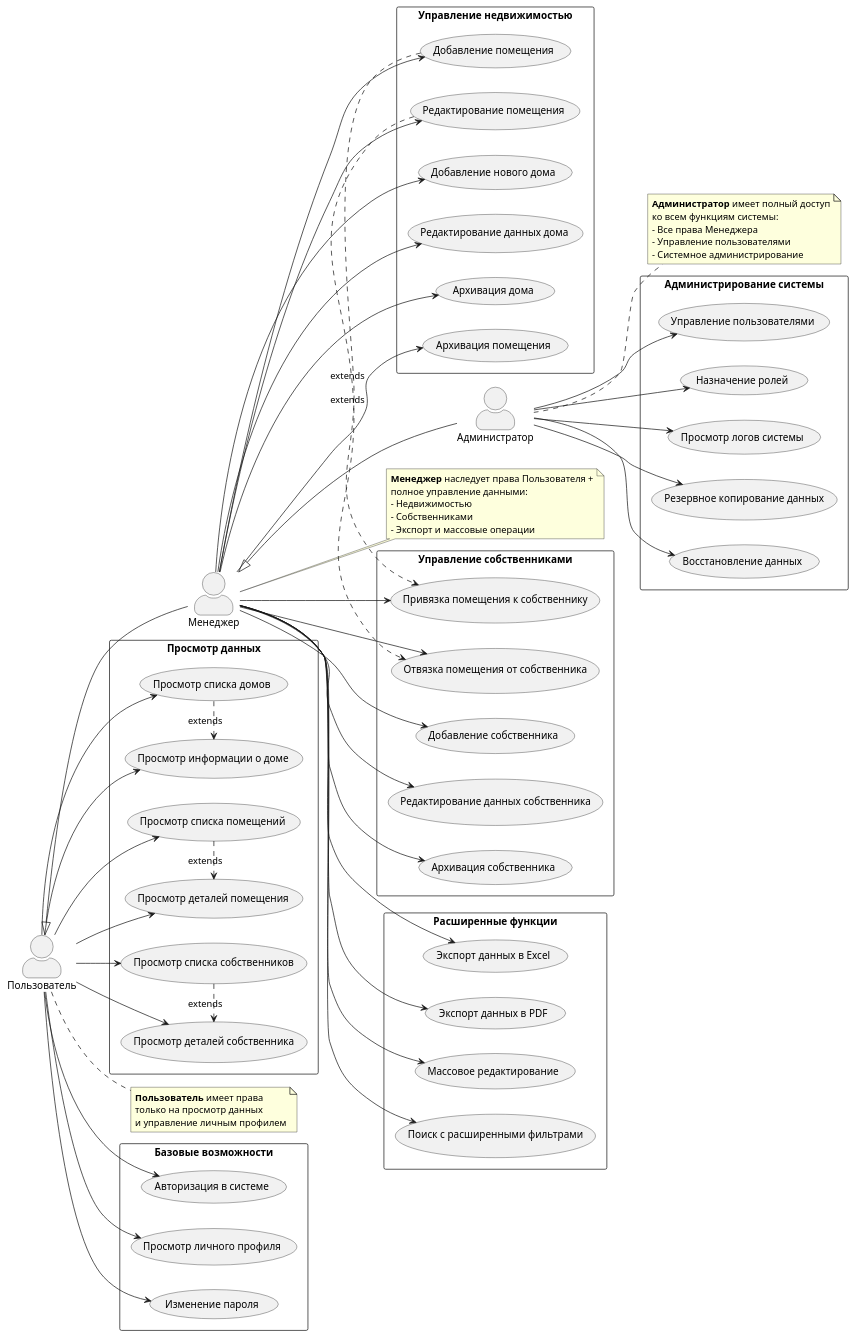
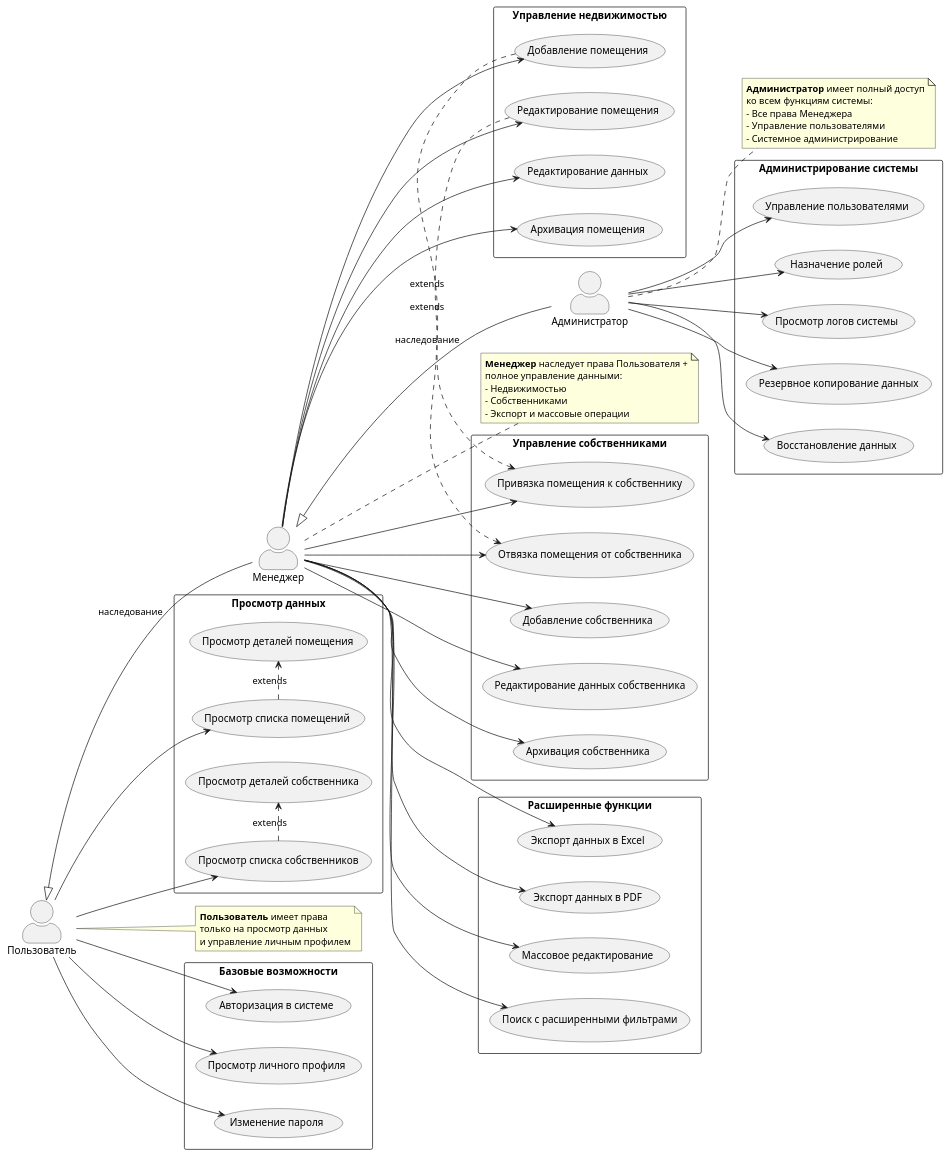
The diagram in Site/source/puml_files/diagram2.puml (YattaDesure/CourseProject), drawn with PlantUML before and after one commit. The commit also changed 20 other files, not shown here.

```diff
--- a/Site/source/puml_files/diagram2.puml
+++ b/Site/source/puml_files/diagram2.puml
@@ -1,128 +1,121 @@
 @startuml diagram22
 left to right direction
 
 skinparam packageStyle rectangle
 skinparam actorStyle awesome
 
 actor "Пользователь" as User
 actor "Менеджер" as Manager
 actor "Администратор" as Admin
 
 package "Базовые возможности" {
   usecase "Авторизация в системе" as UC_Auth
   usecase "Просмотр личного профиля" as UC_ViewProfile
   usecase "Изменение пароля" as UC_ChangePassword
 }
 
 package "Просмотр данных" {
-  usecase "Просмотр списка домов" as UC_ViewHouses
-  usecase "Просмотр информации о доме" as UC_ViewHouseInfo
   usecase "Просмотр списка помещений" as UC_ViewProperties
   usecase "Просмотр деталей помещения" as UC_ViewPropertyDetails
   usecase "Просмотр списка собственников" as UC_ViewOwners
   usecase "Просмотр деталей собственника" as UC_ViewOwnerDetails
 }
 
 package "Управление недвижимостью" {
-  usecase "Добавление нового дома" as UC_AddHouse
-  usecase "Редактирование данных дома" as UC_EditHouse
-  usecase "Архивация дома" as UC_ArchiveHouse
+  usecase "Редактирование данных" as UC_EditHouse
   usecase "Добавление помещения" as UC_AddProperty
   usecase "Редактирование помещения" as UC_EditProperty
   usecase "Архивация помещения" as UC_ArchiveProperty
 }
 
 package "Управление собственниками" {
   usecase "Добавление собственника" as UC_AddOwner
   usecase "Редактирование данных собственника" as UC_EditOwner
   usecase "Архивация собственника" as UC_ArchiveOwner
   usecase "Привязка помещения к собственнику" as UC_LinkProperty
   usecase "Отвязка помещения от собственника" as UC_UnlinkProperty
 }
 
 package "Расширенные функции" {
   usecase "Экспорт данных в Excel" as UC_ExportExcel
   usecase "Экспорт данных в PDF" as UC_ExportPDF
   usecase "Массовое редактирование" as UC_BulkEdit
   usecase "Поиск с расширенными фильтрами" as UC_AdvancedSearch
 }
 
 package "Администрирование системы" {
   usecase "Управление пользователями" as UC_ManageUsers
   usecase "Назначение ролей" as UC_AssignRoles
   usecase "Просмотр логов системы" as UC_ViewLogs
   usecase "Резервное копирование данных" as UC_Backup
   usecase "Восстановление данных" as UC_Restore
 }
 
 ' Связи наследования
-Admin -up-|> Manager
-Manager -up-|> User
+Admin -up-|> Manager : наследование 
+Manager -up-|> User : наследование
 
 ' Базовые возможности для всех
 User --> UC_Auth
 User --> UC_ViewProfile
 User --> UC_ChangePassword
 
 ' Возможности Пользователя
-User --> UC_ViewHouses
-User --> UC_ViewHouseInfo
 User --> UC_ViewProperties
-User --> UC_ViewPropertyDetails
+'User --> UC_ViewPropertyDetails
 User --> UC_ViewOwners
-User --> UC_ViewOwnerDetails
+'User --> UC_ViewOwnerDetails
 
 ' Возможности Менеджера
-Manager --> UC_AddHouse
+'Manager --> UC_AddHouse
 Manager --> UC_EditHouse
-Manager --> UC_ArchiveHouse
+'Manager --> UC_ArchiveHouse
 Manager --> UC_AddProperty
 Manager --> UC_EditProperty
 Manager --> UC_ArchiveProperty
 Manager --> UC_AddOwner
 Manager --> UC_EditOwner
 Manager --> UC_ArchiveOwner
 Manager --> UC_LinkProperty
 Manager --> UC_UnlinkProperty
 Manager --> UC_ExportExcel
 Manager --> UC_ExportPDF
 Manager --> UC_BulkEdit
 Manager --> UC_AdvancedSearch
 
 ' Права Администратора
 Admin --> UC_ManageUsers
 Admin --> UC_AssignRoles
 Admin --> UC_ViewLogs
 Admin --> UC_Backup
 Admin --> UC_Restore
 
 ' Связи расширения
-UC_ViewHouses .> UC_ViewHouseInfo : extends
 UC_ViewProperties .> UC_ViewPropertyDetails : extends
 UC_ViewOwners .> UC_ViewOwnerDetails : extends
 UC_AddProperty .> UC_LinkProperty : extends
 UC_EditProperty .> UC_UnlinkProperty : extends
 
 note right of Admin
 **Администратор** имеет полный доступ
 ко всем функциям системы:
 - Все права Менеджера
 - Управление пользователями
 - Системное администрирование
 end note
 
 note right of Manager
 **Менеджер** наследует права Пользователя +
 полное управление данными:
 - Недвижимостью
 - Собственниками
 - Экспорт и массовые операции
 end note
 
 note right of User
 **Пользователь** имеет права
 только на просмотр данных
 и управление личным профилем
 end note
 
 @enduml
```
